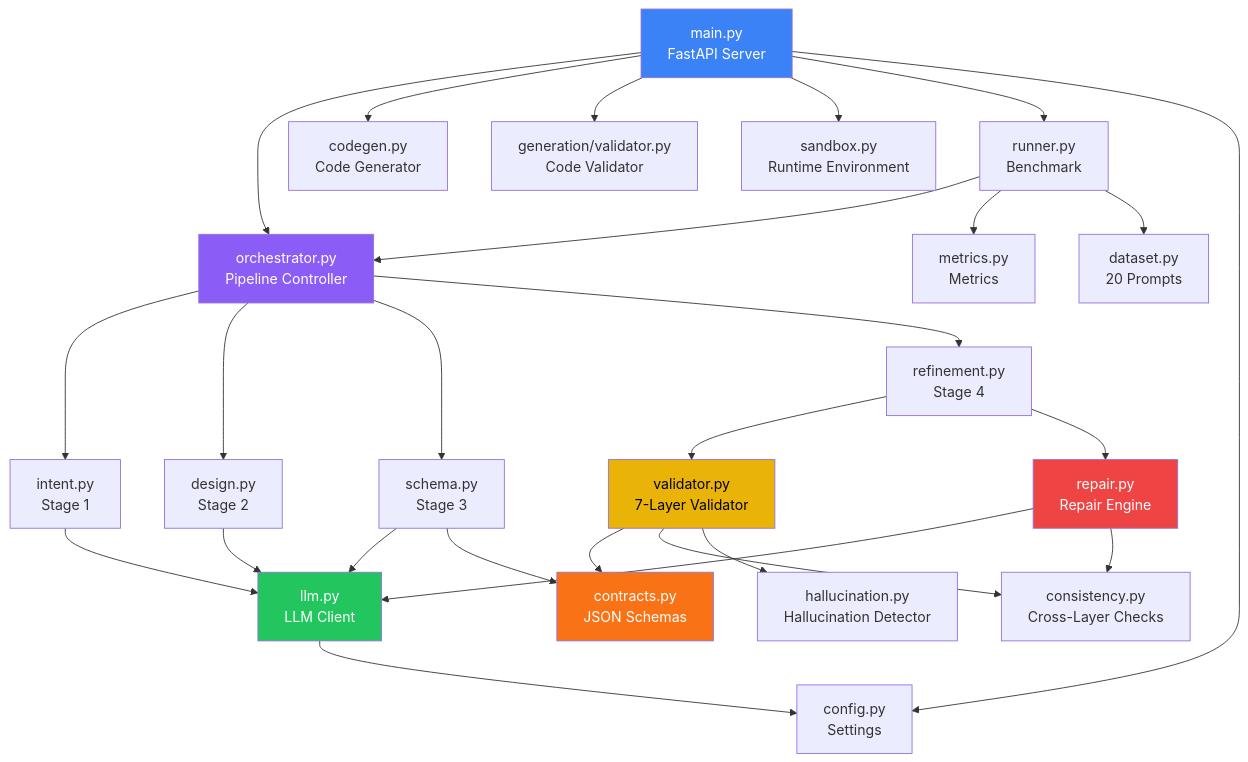
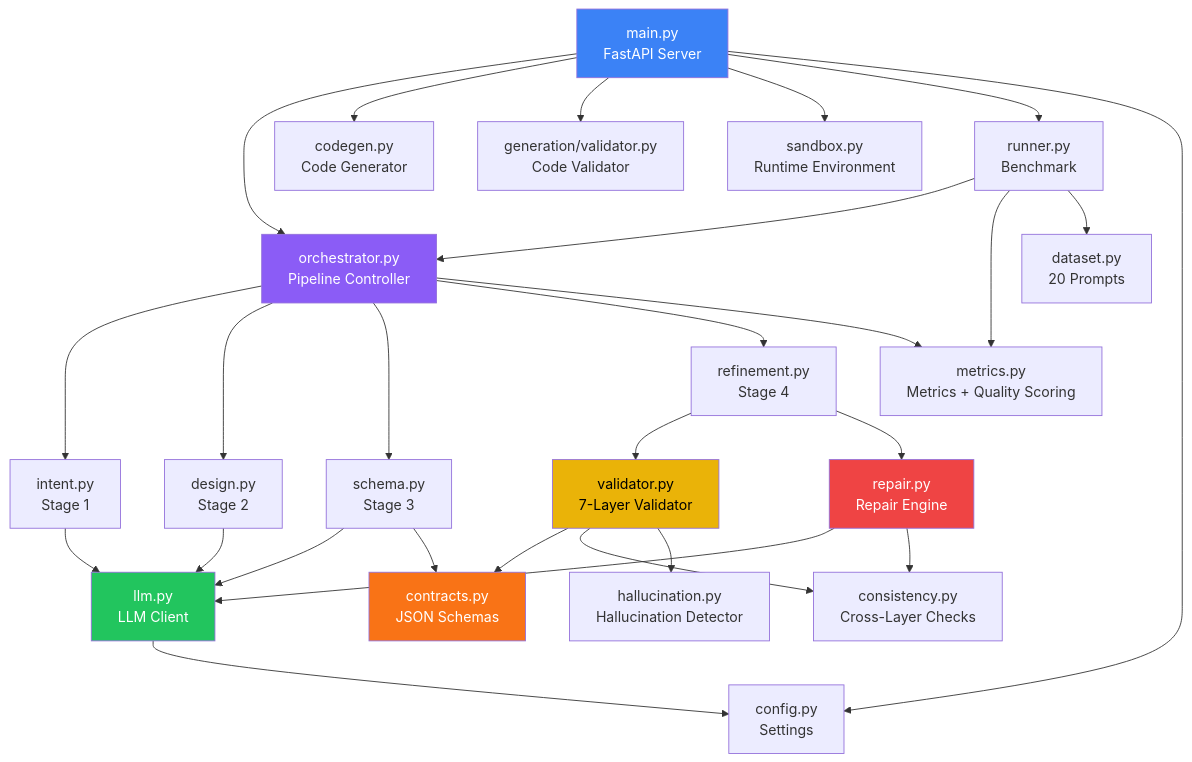
One commit to notsooamit/app-compiler changed the third of 24 diagrams in SOFTWARE_ARCHITECTURE.md. Above: the diagram before and after it, drawn with Mermaid. The commit also changed other lines of this file and 1 other file, not shown here.

````diff
--- a/SOFTWARE_ARCHITECTURE.md
+++ b/SOFTWARE_ARCHITECTURE.md
@@ -193,43 +194,44 @@
 ```mermaid
 graph TD
     main["main.py<br/>FastAPI Server"]
     config["config.py<br/>Settings"]
     orch["orchestrator.py<br/>Pipeline Controller"]
     intent["intent.py<br/>Stage 1"]
     design["design.py<br/>Stage 2"]
     schema["schema.py<br/>Stage 3"]
     refine["refinement.py<br/>Stage 4"]
     llm["llm.py<br/>LLM Client"]
     
     validator["validator.py<br/>7-Layer Validator"]
     contracts["contracts.py<br/>JSON Schemas"]
     consistency["consistency.py<br/>Cross-Layer Checks"]
     halluc["hallucination.py<br/>Hallucination Detector"]
     repair["repair.py<br/>Repair Engine"]
     
     codegen["codegen.py<br/>Code Generator"]
     codeval["generation/validator.py<br/>Code Validator"]
     sandbox["sandbox.py<br/>Runtime Environment"]
     
     runner["runner.py<br/>Benchmark"]
-    metrics["metrics.py<br/>Metrics"]
+    metrics["metrics.py<br/>Metrics + Quality Scoring"]
     dataset["dataset.py<br/>20 Prompts"]
     
     main --> orch & codegen & codeval & sandbox & runner
     main --> config
     orch --> intent & design & schema & refine
+    orch --> metrics
     intent & design --> llm
     schema --> llm & contracts
     refine --> validator & repair
     validator --> contracts & consistency & halluc
     repair --> llm & consistency
     runner --> orch & metrics & dataset
     llm --> config
     
     style main fill:#3b82f6,color:#fff
     style orch fill:#8b5cf6,color:#fff
     style llm fill:#22c55e,color:#fff
     style validator fill:#eab308,color:#000
     style repair fill:#ef4444,color:#fff
     style contracts fill:#f97316,color:#fff
 ```
````
